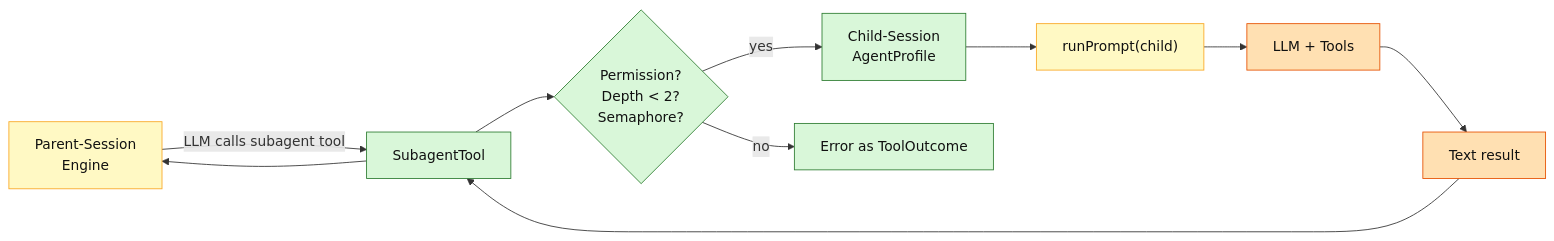
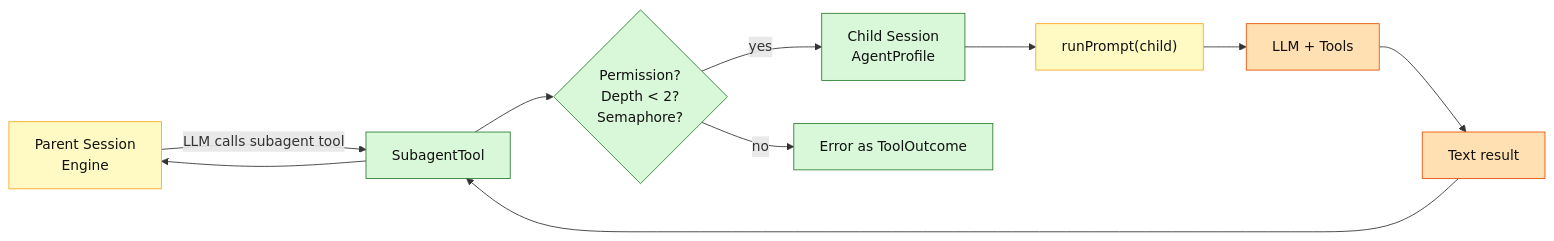
Before and after one commit to augmentia-de/QOC: the first of 5 diagrams in docs/diagrams/08-agent-orchestrator.md, drawn with Mermaid. The commit also changed other lines of this file and 111 other files, not shown here.

````diff
--- a/docs/diagrams/08-agent-orchestrator.md
+++ b/docs/diagrams/08-agent-orchestrator.md
@@ -22,24 +22,24 @@
 ```mermaid
 flowchart LR
-  Parent["Parent-Session<br/>Engine"]:::mixed
+  Parent["Parent Session<br/>Engine"]:::mixed
   Tool["SubagentTool"]:::det
   Guard{"Permission?<br/>Depth < 2?<br/>Semaphore?"}:::det
-  Child["Child-Session<br/>AgentProfile"]:::det
+  Child["Child Session<br/>AgentProfile"]:::det
   Run["runPrompt(child)"]:::mixed
   Llm["LLM + Tools"]:::llm
   Result["Text result"]:::llm
 
   Parent -->|"LLM calls subagent tool"| Tool
   Tool --> Guard
   Guard -->|"no"| Error["Error as ToolOutcome"]:::det
   Guard -->|"yes"| Child
   Child --> Run
   Run --> Llm
   Llm --> Result
   Result --> Tool
   Tool --> Parent
 
   classDef det fill:#d9f7d9,stroke:#2e7d32,stroke-width:1px,color:#111;
   classDef llm fill:#ffe0b2,stroke:#e65100,stroke-width:1px,color:#111;
   classDef mixed fill:#fff9c4,stroke:#f9a825,stroke-width:1px,color:#111;
 ```
````
